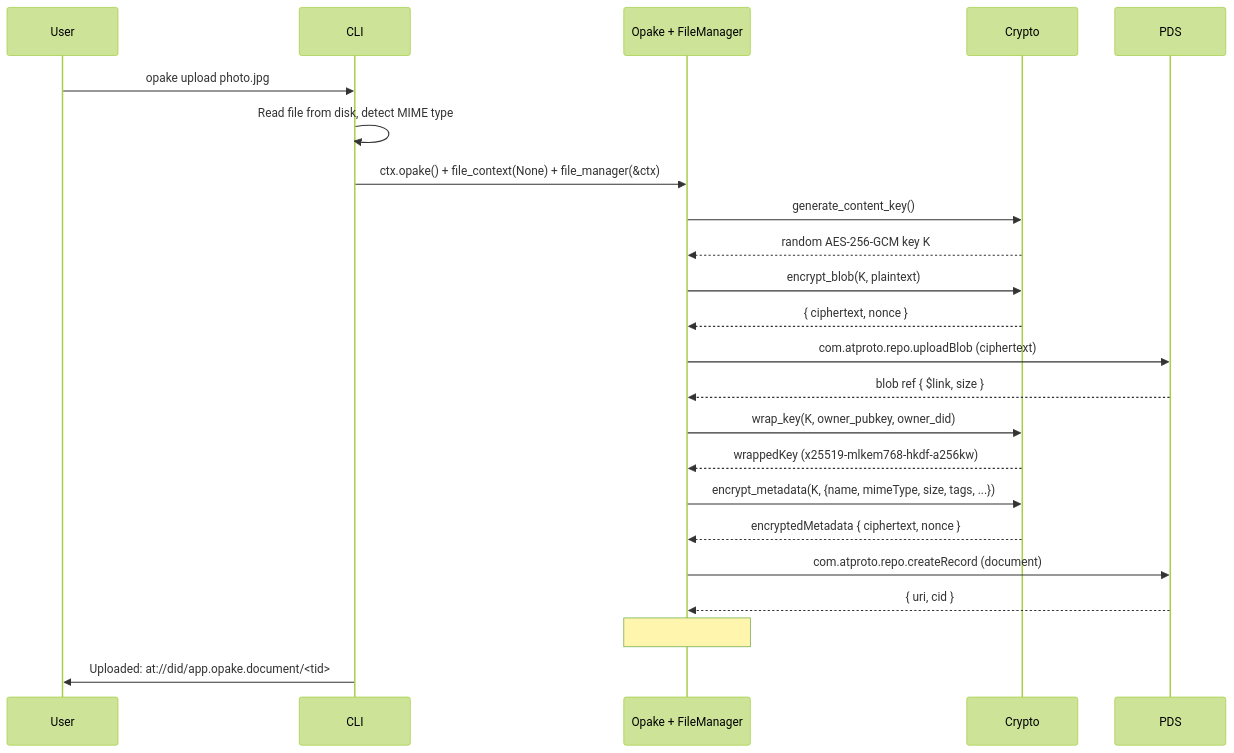
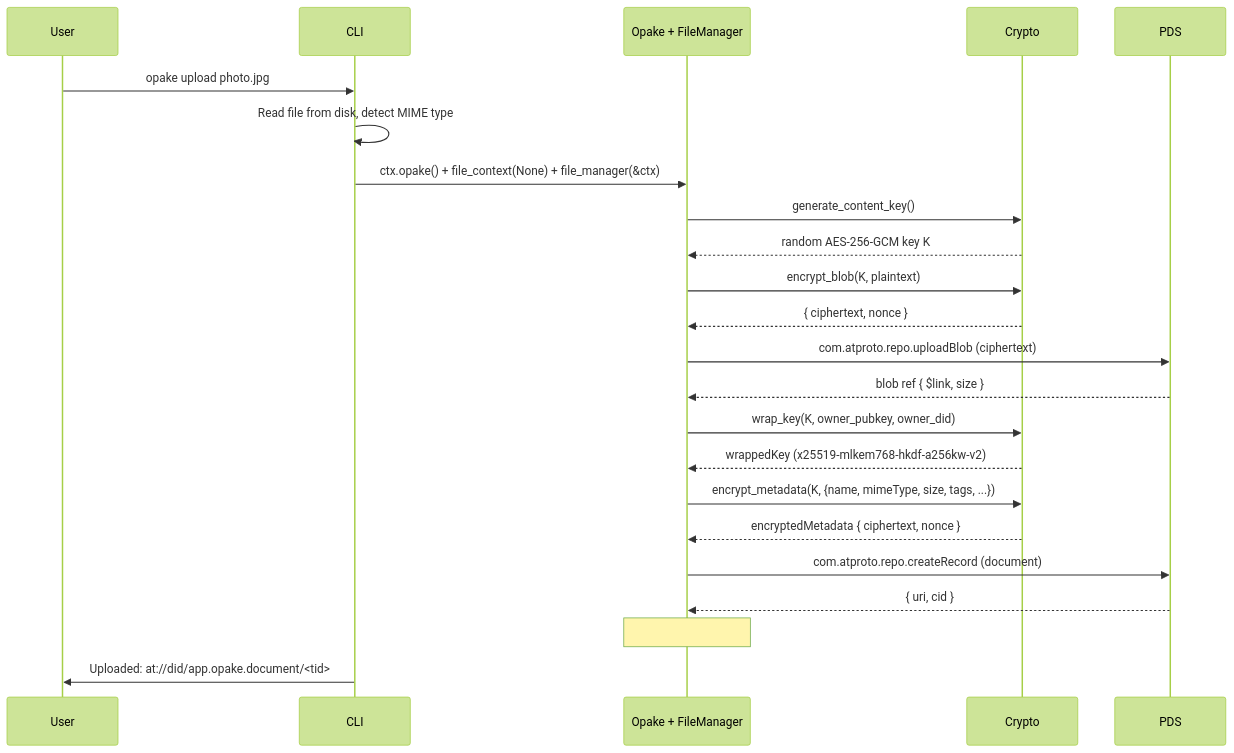
One commit to Sans-Self/Opake changed the first of 5 diagrams in docs/flows/documents.md. Above: the diagram before and after it, drawn with Mermaid (forest theme). The commit also changed 48 other files, not shown here.

````diff
--- a/docs/flows/documents.md
+++ b/docs/flows/documents.md
@@ -7,35 +7,35 @@
 ```mermaid
 sequenceDiagram
     participant User
     participant CLI
     participant Opake as Opake + FileManager
     participant Crypto
     participant PDS
 
     User->>CLI: opake upload photo.jpg
 
     CLI->>CLI: Read file from disk, detect MIME type
     CLI->>Opake: ctx.opake() + file_context(None) + file_manager(&ctx)
 
     Opake->>Crypto: generate_content_key()
     Crypto-->>Opake: random AES-256-GCM key K
 
     Opake->>Crypto: encrypt_blob(K, plaintext)
     Crypto-->>Opake: { ciphertext, nonce }
 
     Opake->>PDS: com.atproto.repo.uploadBlob (ciphertext)
     PDS-->>Opake: blob ref { $link, size }
 
     Opake->>Crypto: wrap_key(K, owner_pubkey, owner_did)
-    Crypto-->>Opake: wrappedKey (x25519-mlkem768-hkdf-a256kw)
+    Crypto-->>Opake: wrappedKey (x25519-mlkem768-hkdf-a256kw-v2)
 
     Opake->>Crypto: encrypt_metadata(K, {name, mimeType, size, tags, ...})
     Crypto-->>Opake: encryptedMetadata { ciphertext, nonce }
 
     Opake->>PDS: com.atproto.repo.createRecord (document)
     PDS-->>Opake: { uri, cid }
 
     Note over Opake: #[signoff] auto-persists session if refreshed
 
     CLI->>User: Uploaded: at://did/app.opake.document/<tid>
 ```
````
